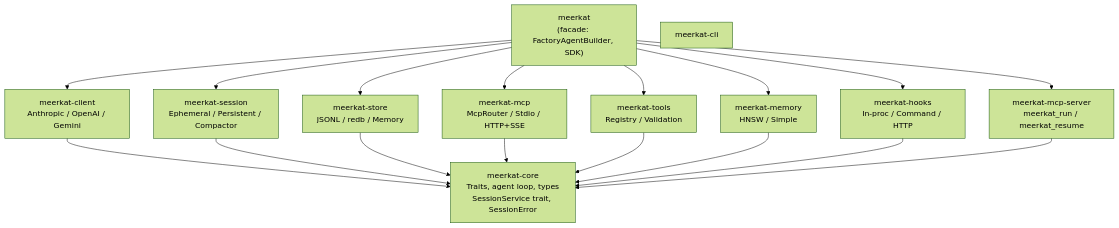
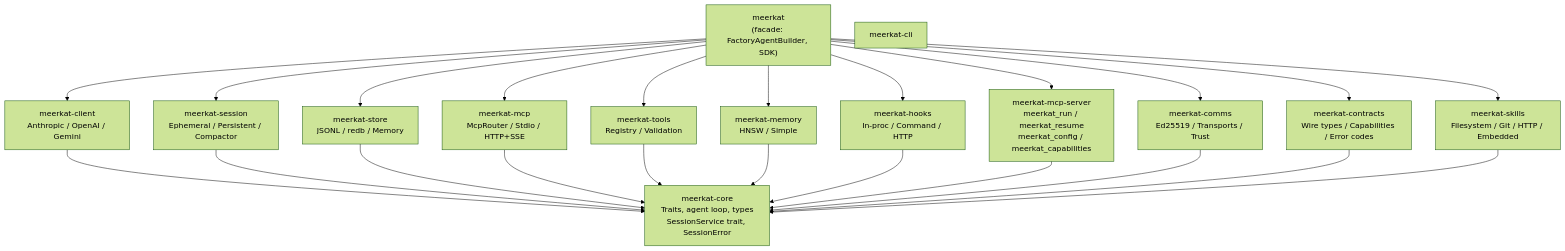
One commit to lukacf/meerkat changed the first of 4 diagrams in docs/reference/architecture.mdx. Above: the diagram before and after it, drawn with Mermaid (forest theme). The commit also changed other lines of this file and 12 other files, not shown here.

````diff
--- a/docs/reference/architecture.mdx
+++ b/docs/reference/architecture.mdx
@@ -19,34 +19,43 @@
 ```mermaid
 graph TD
     FACADE["meerkat<br/>(facade: FactoryAgentBuilder, SDK)"]
 
     CLI["meerkat-cli"]
     CLIENT["meerkat-client<br/>Anthropic / OpenAI / Gemini"]
     SESSION["meerkat-session<br/>Ephemeral / Persistent / Compactor"]
     STORE["meerkat-store<br/>JSONL / redb / Memory"]
     MCP["meerkat-mcp<br/>McpRouter / Stdio / HTTP+SSE"]
     TOOLS["meerkat-tools<br/>Registry / Validation"]
     MEMORY["meerkat-memory<br/>HNSW / Simple"]
     HOOKS["meerkat-hooks<br/>In-proc / Command / HTTP"]
-    MCPSERVER["meerkat-mcp-server<br/>meerkat_run / meerkat_resume"]
+    MCPSERVER["meerkat-mcp-server<br/>meerkat_run / meerkat_resume<br/>meerkat_config / meerkat_capabilities"]
+    COMMS["meerkat-comms<br/>Ed25519 / Transports / Trust"]
+    CONTRACTS["meerkat-contracts<br/>Wire types / Capabilities / Error codes"]
+    SKILLS["meerkat-skills<br/>Filesystem / Git / HTTP / Embedded"]
 
     CORE["meerkat-core<br/>Traits, agent loop, types<br/>SessionService trait, SessionError"]
 
     FACADE --> CLIENT
     FACADE --> SESSION
     FACADE --> STORE
     FACADE --> MCP
     FACADE --> TOOLS
     FACADE --> MEMORY
     FACADE --> HOOKS
     FACADE --> MCPSERVER
+    FACADE --> COMMS
+    FACADE --> CONTRACTS
+    FACADE --> SKILLS
 
     CLIENT --> CORE
     SESSION --> CORE
     STORE --> CORE
     MCP --> CORE
     TOOLS --> CORE
     MEMORY --> CORE
     HOOKS --> CORE
     MCPSERVER --> CORE
+    COMMS --> CORE
+    CONTRACTS --> CORE
+    SKILLS --> CORE
 ```
````
